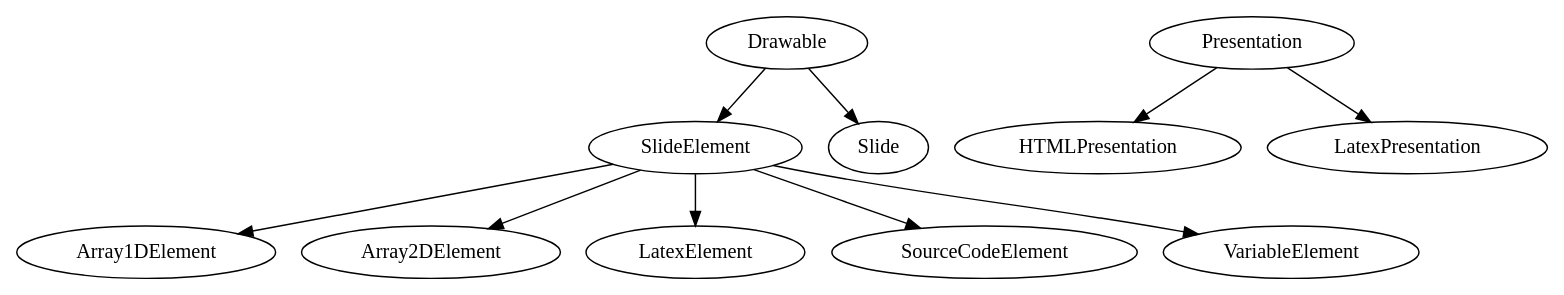
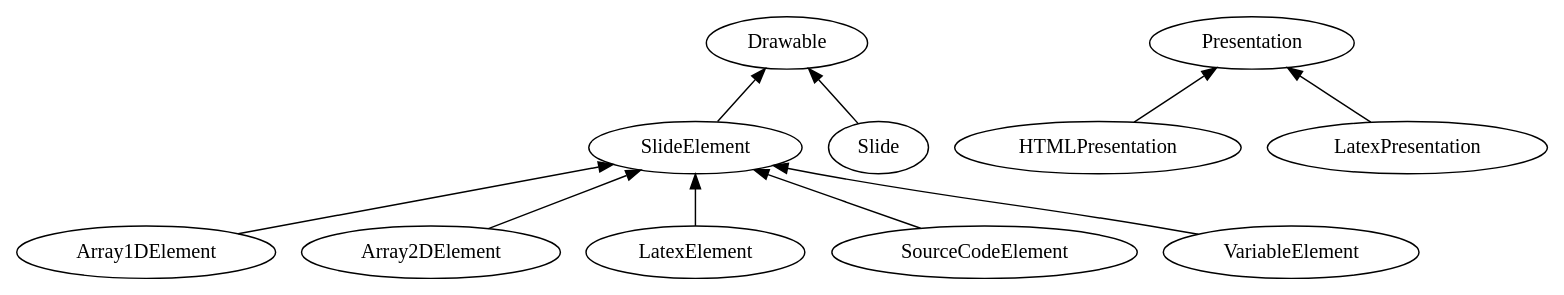
Before and after one commit to varqox/VisuAlgo: the diagram in hierarchy.dot, drawn with Graphviz. The commit also changed 1 other file, not shown here.

Commit message:
Fixed class hierarchy graph

```diff
--- a/hierarchy.dot
+++ b/hierarchy.dot
@@ -1,13 +1,13 @@
 digraph {
-	SlideElement -> Array1DElement
-	SlideElement -> Array2DElement
+	SlideElement -> Array1DElement [dir=back];
+	SlideElement -> Array2DElement [dir=back];
 	Drawable
-	Presentation -> HTMLPresentation
-	SlideElement -> LatexElement
-	Presentation -> LatexPresentation
+	Presentation -> HTMLPresentation [dir=back];
+	SlideElement -> LatexElement [dir=back];
+	Presentation -> LatexPresentation [dir=back];
 	Presentation
-	Drawable -> Slide
-	Drawable -> SlideElement
-	SlideElement -> SourceCodeElement
-	SlideElement -> VariableElement
+	Drawable -> Slide [dir=back];
+	Drawable -> SlideElement [dir=back];
+	SlideElement -> SourceCodeElement [dir=back];
+	SlideElement -> VariableElement [dir=back];
 }
```
